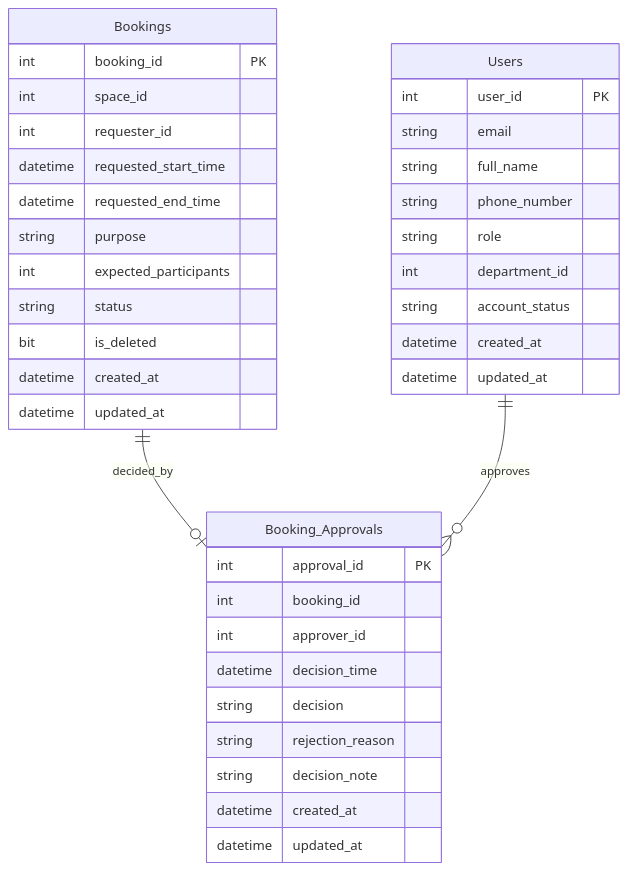
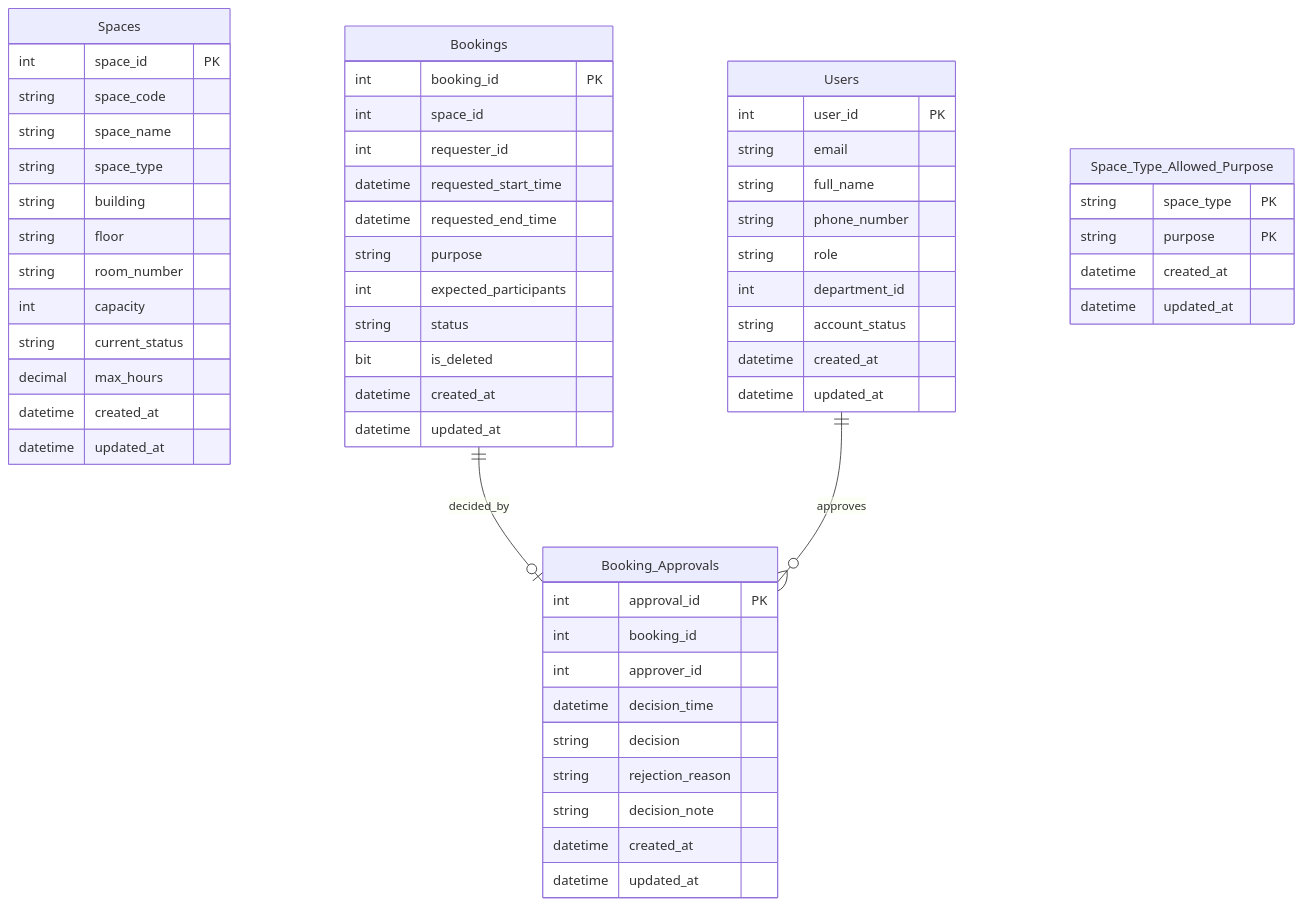
One commit to AmnO-O/CS486-Project changed the second of 3 diagrams in outputs/09-updated-erd-and-logical-design-G05.md. Above: the diagram before and after it, drawn with Mermaid. The commit also changed other lines of this file and 6 other files, not shown here.

````diff
--- a/outputs/09-updated-erd-and-logical-design-G05.md
+++ b/outputs/09-updated-erd-and-logical-design-G05.md
@@ -198,43 +205,65 @@
 ```mermaid
 erDiagram
+    Spaces {
+        int space_id PK
+        string space_code
+        string space_name
+        string space_type
+        string building
+        string floor
+        string room_number
+        int capacity
+        string current_status
+        decimal max_hours
+        datetime created_at
+        datetime updated_at
+    }
+
     Bookings {
         int booking_id PK
         int space_id
         int requester_id
         datetime requested_start_time
         datetime requested_end_time
         string purpose
         int expected_participants
         string status
         bit is_deleted
         datetime created_at
         datetime updated_at
     }
 
     Booking_Approvals {
         int approval_id PK
         int booking_id
         int approver_id
         datetime decision_time
         string decision
         string rejection_reason
         string decision_note
         datetime created_at
         datetime updated_at
     }
 
     Users {
         int user_id PK
         string email
         string full_name
         string phone_number
         string role
         int department_id
         string account_status
         datetime created_at
         datetime updated_at
     }
 
+    Space_Type_Allowed_Purpose {
+        string space_type PK
+        string purpose PK
+        datetime created_at
+        datetime updated_at
+    }
+
     Bookings ||--o| Booking_Approvals : "decided_by"
     Users ||--o{ Booking_Approvals : "approves"
 ```
````
